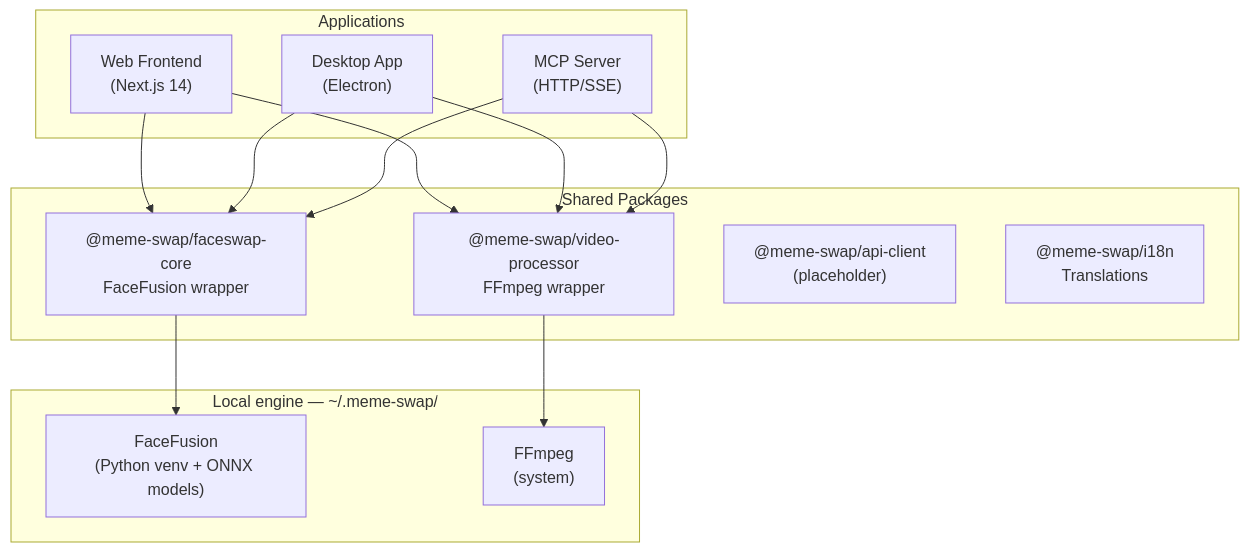
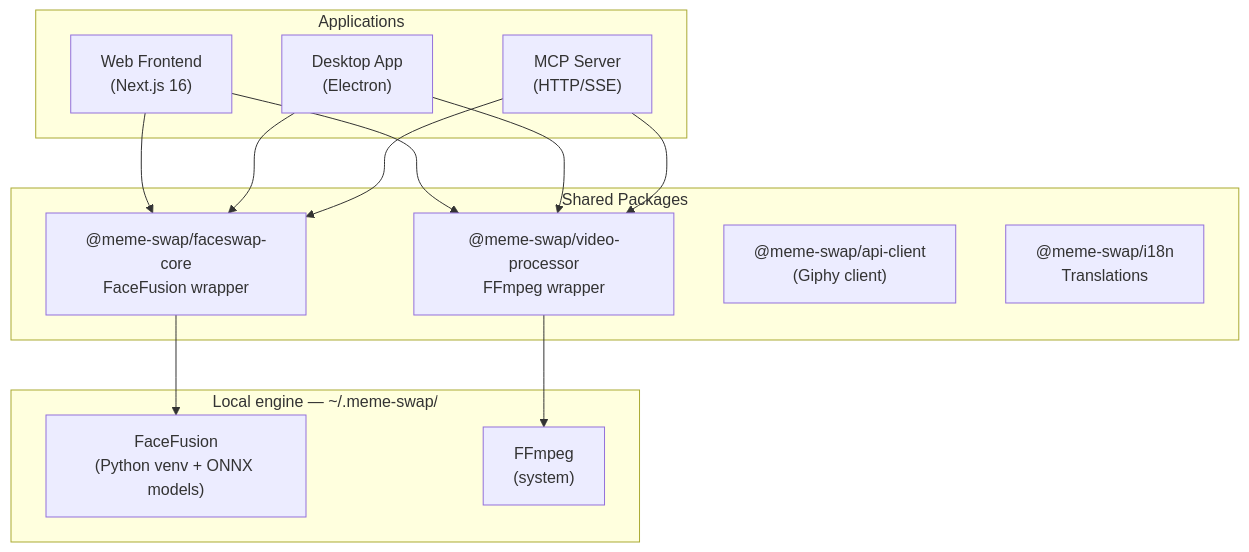
One commit to Tlahey/meme-swap changed the first of 2 diagrams in README.md. Above: the diagram before and after it, drawn with Mermaid. The commit also changed other lines of this file and 6 other files, not shown here.

First line of the commit message:
docs: fix stale architecture/README claims across the repo

````diff
--- a/README.md
+++ b/README.md
@@ -83,30 +83,30 @@
 ```mermaid
 graph TB
     subgraph "Applications"
-        FE["Web Frontend\n(Next.js 14)"]
+        FE["Web Frontend\n(Next.js 16)"]
         DE["Desktop App\n(Electron)"]
         MCP["MCP Server\n(HTTP/SSE)"]
     end
 
     subgraph "Shared Packages"
         FC["@meme-swap/faceswap-core\nFaceFusion wrapper"]
         VP["@meme-swap/video-processor\nFFmpeg wrapper"]
-        AC["@meme-swap/api-client\n(placeholder)"]
+        AC["@meme-swap/api-client\n(Giphy client)"]
         I18N["@meme-swap/i18n\nTranslations"]
     end
 
     subgraph "Local engine — ~/.meme-swap/"
         FF["FaceFusion\n(Python venv + ONNX models)"]
         FFMPEG["FFmpeg\n(system)"]
     end
 
     FE --> FC
     FE --> VP
     DE --> FC
     DE --> VP
     MCP --> FC
     MCP --> VP
 
     FC --> FF
     VP --> FFMPEG
 ```
````
